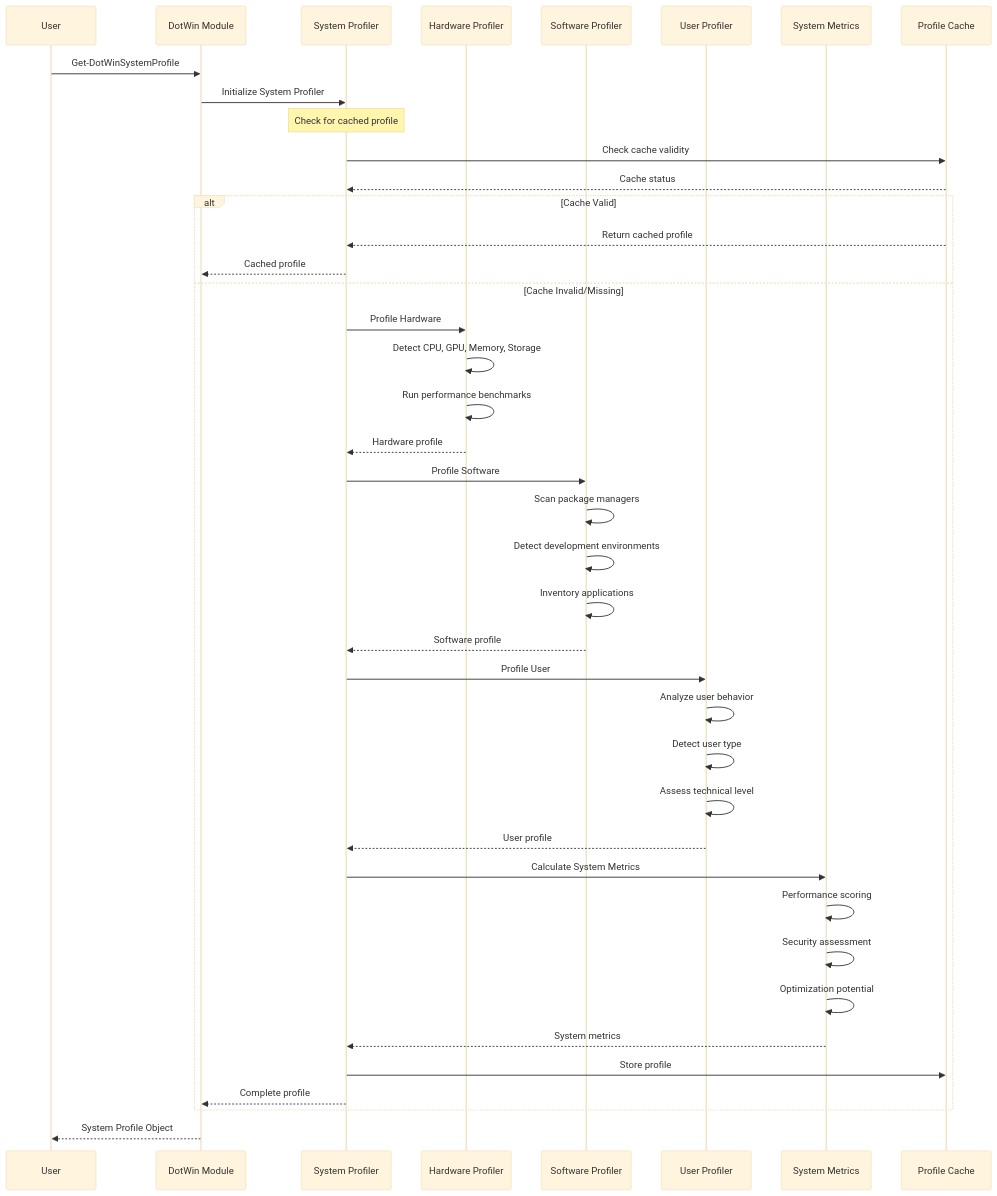
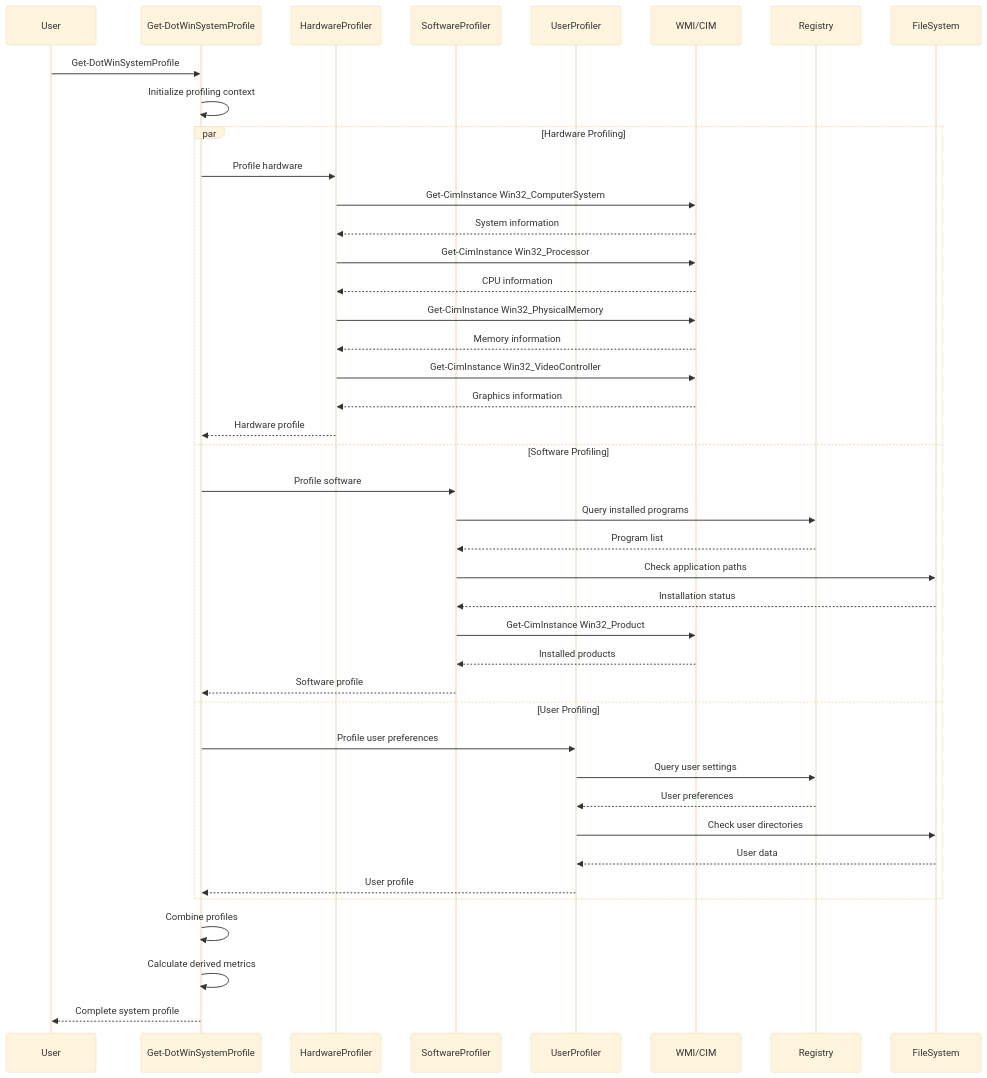
Before and after one commit to albedosehen/dot-win: the third of 16 diagrams in docs/SequenceDiagrams.md, drawn with Mermaid (base theme). The commit also changed other lines of this file and 69 other files, not shown here.

Commit message:
Bridge DotWin configuration management and config files

````diff
--- a/docs/SequenceDiagrams.md
+++ b/docs/SequenceDiagrams.md
@@ -11,51 +102,47 @@
 ```mermaid
 sequenceDiagram
     participant User
-    participant DotWin as DotWin Module
-    participant SP as System Profiler
-    participant HP as Hardware Profiler
-    participant SWP as Software Profiler
-    participant UP as User Profiler
-    participant SM as System Metrics
-    participant Cache as Profile Cache
-    
-    User->>DotWin: Get-DotWinSystemProfile
-    DotWin->>SP: Initialize System Profiler
-    
-    Note over SP: Check for cached profile
-    SP->>Cache: Check cache validity
-    Cache-->>SP: Cache status
-    
-    alt Cache Valid
-        Cache-->>SP: Return cached profile
-        SP-->>DotWin: Cached profile
-    else Cache Invalid/Missing
-        SP->>HP: Profile Hardware
-        HP->>HP: Detect CPU, GPU, Memory, Storage
-        HP->>HP: Run performance benchmarks
-        HP-->>SP: Hardware profile
-        
-        SP->>SWP: Profile Software
-        SWP->>SWP: Scan package managers
-        SWP->>SWP: Detect development environments
-        SWP->>SWP: Inventory applications
-        SWP-->>SP: Software profile
-        
-        SP->>UP: Profile User
-        UP->>UP: Analyze user behavior
-        UP->>UP: Detect user type
-        UP->>UP: Assess technical level
-        UP-->>SP: User profile
-        
-        SP->>SM: Calculate System Metrics
-        SM->>SM: Performance scoring
-        SM->>SM: Security assessment
-        SM->>SM: Optimization potential
-        SM-->>SP: System metrics
-        
-        SP->>Cache: Store profile
-        SP-->>DotWin: Complete profile
+    participant GSP as Get-DotWinSystemProfile
+    participant HP as HardwareProfiler
+    participant SP as SoftwareProfiler
+    participant UP as UserProfiler
+    participant WMI as WMI/CIM
+    participant Registry
+    participant FileSystem
+
+    User->>GSP: Get-DotWinSystemProfile
+    GSP->>GSP: Initialize profiling context
+
+    par Hardware Profiling
+        GSP->>HP: Profile hardware
+        HP->>WMI: Get-CimInstance Win32_ComputerSystem
+        WMI-->>HP: System information
+        HP->>WMI: Get-CimInstance Win32_Processor
+        WMI-->>HP: CPU information
+        HP->>WMI: Get-CimInstance Win32_PhysicalMemory
+        WMI-->>HP: Memory information
+        HP->>WMI: Get-CimInstance Win32_VideoController
+        WMI-->>HP: Graphics information
+        HP-->>GSP: Hardware profile
+    and Software Profiling
+        GSP->>SP: Profile software
+        SP->>Registry: Query installed programs
+        Registry-->>SP: Program list
+        SP->>FileSystem: Check application paths
+        FileSystem-->>SP: Installation status
+        SP->>WMI: Get-CimInstance Win32_Product
+        WMI-->>SP: Installed products
+        SP-->>GSP: Software profile
+    and User Profiling
+        GSP->>UP: Profile user preferences
+        UP->>Registry: Query user settings
+        Registry-->>UP: User preferences
+        UP->>FileSystem: Check user directories
+        FileSystem-->>UP: User data
+        UP-->>GSP: User profile
     end
-    
-    DotWin-->>User: System Profile Object
+
+    GSP->>GSP: Combine profiles
+    GSP->>GSP: Calculate derived metrics
+    GSP-->>User: Complete system profile
 ```
````
